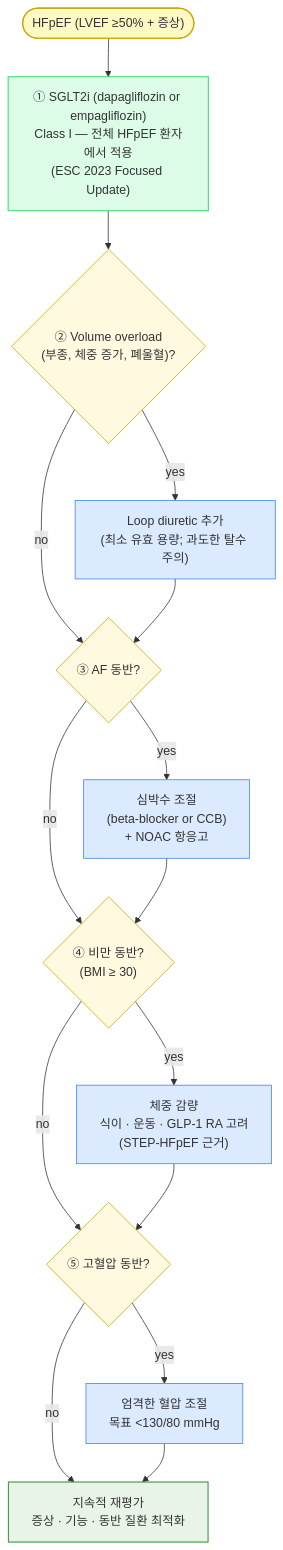
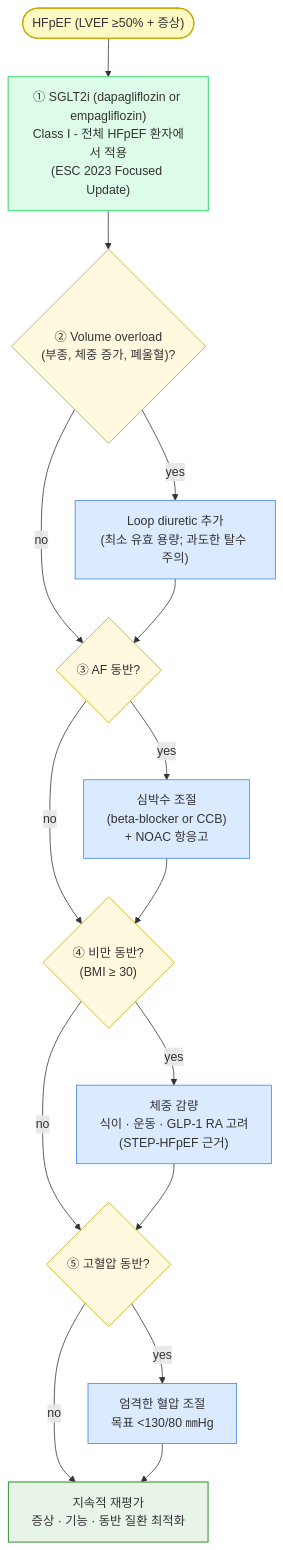
One commit to familyoh77/familyoh77 changed the fifth of 6 diagrams in 225_/098_-heart-failure.md. Above: the diagram before and after it, drawn with Mermaid. The commit also changed other lines of this file, not shown here.

````diff
--- a/225_/098_-heart-failure.md
+++ b/225_/098_-heart-failure.md
@@ -409,50 +409,50 @@
 ```mermaid
 flowchart TD
     START(["HFpEF (LVEF ≥50% + 증상)"])
     style START fill:#fef9c3,stroke:#c8a800,stroke-width:1.5px
 
-    SGLT2["① SGLT2i (dapagliflozin or empagliflozin)\nClass I — 전체 HFpEF 환자에서 적용\n(ESC 2023 Focused Update)"]
+    SGLT2["① SGLT2i (dapagliflozin or empagliflozin)\nClass I - 전체 HFpEF 환자에서 적용\n(ESC 2023 Focused Update)"]
     style SGLT2 fill:#dcfce7,stroke:#4ade80,stroke-width:1.5px
 
     VOLUME{"② Volume overload\n(부종, 체중 증가, 폐울혈)?"}
     style VOLUME fill:#fff9e0,stroke:#c8a800,stroke-width:1px
 
     DIURETIC["Loop diuretic 추가\n(최소 유효 용량; 과도한 탈수 주의)"]
     style DIURETIC fill:#dbeafe,stroke:#3b82f6,stroke-width:1px
 
     AF{"③ AF 동반?"}
     style AF fill:#fff9e0,stroke:#c8a800,stroke-width:1px
 
     RATE["심박수 조절\n(beta-blocker or CCB)\n+ NOAC 항응고"]
     style RATE fill:#dbeafe,stroke:#3b82f6,stroke-width:1px
 
     OBESITY{"④ 비만 동반?\n(BMI ≥ 30)"}
     style OBESITY fill:#fff9e0,stroke:#c8a800,stroke-width:1px
 
     WEIGHT["체중 감량\n식이 · 운동 · GLP-1 RA 고려\n(STEP-HFpEF 근거)"]
     style WEIGHT fill:#dbeafe,stroke:#3b82f6,stroke-width:1px
 
     HTN{"⑤ 고혈압 동반?"}
     style HTN fill:#fff9e0,stroke:#c8a800,stroke-width:1px
 
-    BPCTRL["엄격한 혈압 조절\n목표 <130/80 mmHg"]
+    BPCTRL["엄격한 혈압 조절\n목표 <130/80 ㎜Hg"]
     style BPCTRL fill:#dbeafe,stroke:#3b82f6,stroke-width:1px
 
     CONT["지속적 재평가\n증상 · 기능 · 동반 질환 최적화"]
     style CONT fill:#e8f4e8,stroke:#4a9a4a,stroke-width:1.5px
 
     START --> SGLT2
     SGLT2 --> VOLUME
     VOLUME -->|yes| DIURETIC
     VOLUME -->|no| AF
     DIURETIC --> AF
     AF -->|yes| RATE
     AF -->|no| OBESITY
     RATE --> OBESITY
     OBESITY -->|yes| WEIGHT
     OBESITY -->|no| HTN
     WEIGHT --> HTN
     HTN -->|yes| BPCTRL
     HTN -->|no| CONT
     BPCTRL --> CONT
 ```
````
